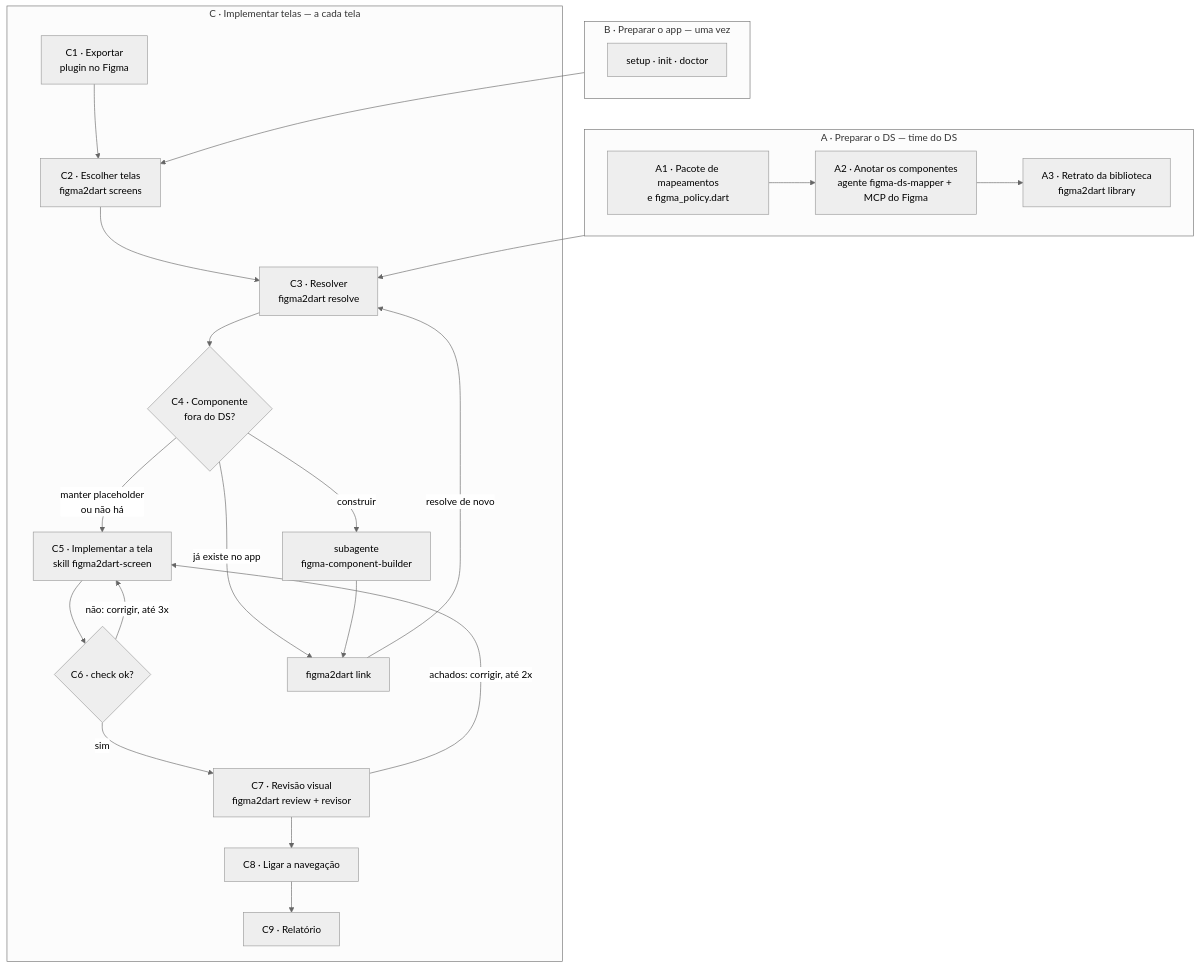
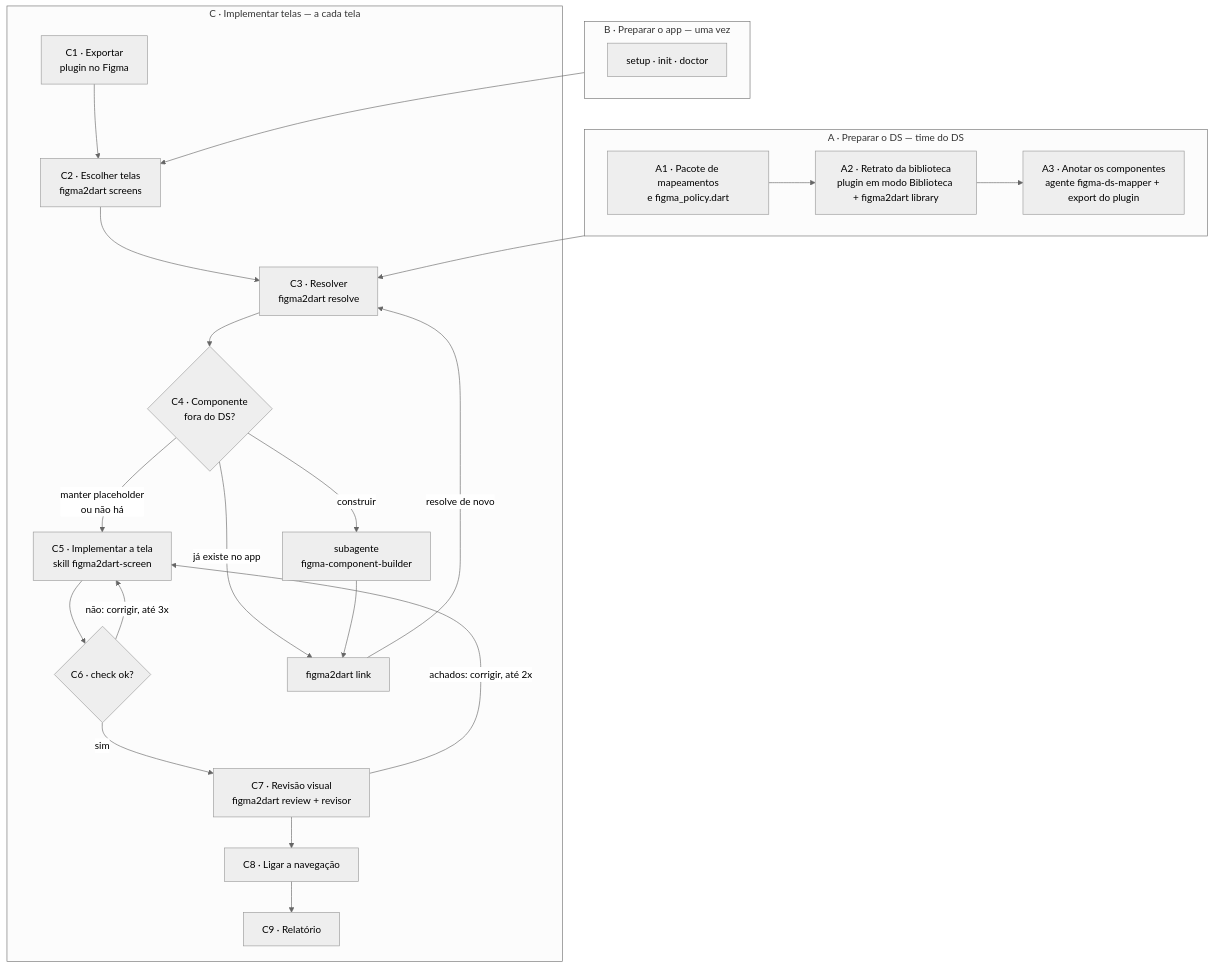
The first of 5 diagrams in docs/COMO_FUNCIONA.md (pablostefan/figma_to_code), drawn with Mermaid (neutral theme) before and after one commit. The commit also changed other lines of this file and 28 other files, not shown here.

````diff
--- a/docs/COMO_FUNCIONA.md
+++ b/docs/COMO_FUNCIONA.md
@@ -28,39 +28,39 @@
 ```mermaid
 flowchart TD
   subgraph A["A · Preparar o DS — time do DS"]
     A1["A1 · Pacote de mapeamentos<br/>e figma_policy.dart"]
-    A2["A2 · Anotar os componentes<br/>agente figma-ds-mapper + MCP do Figma"]
-    A3["A3 · Retrato da biblioteca<br/>figma2dart library"]
+    A2["A2 · Retrato da biblioteca<br/>plugin em modo Biblioteca + figma2dart library"]
+    A3["A3 · Anotar os componentes<br/>agente figma-ds-mapper + export do plugin"]
     A1 --> A2 --> A3
   end
 
   subgraph B["B · Preparar o app — uma vez"]
     B1["setup · init · doctor"]
   end
 
   subgraph C["C · Implementar telas — a cada tela"]
     C1["C1 · Exportar<br/>plugin no Figma"]
     C2["C2 · Escolher telas<br/>figma2dart screens"]
     C3["C3 · Resolver<br/>figma2dart resolve"]
     C4{"C4 · Componente<br/>fora do DS?"}
     C5["C5 · Implementar a tela<br/>skill figma2dart-screen"]
     C6{"C6 · check ok?"}
     C7["C7 · Revisão visual<br/>figma2dart review + revisor"]
     C8["C8 · Ligar a navegação"]
     C9["C9 · Relatório"]
     C1 --> C2 --> C3 --> C4
     C4 -->|"construir"| BLD["subagente<br/>figma-component-builder"]
     C4 -->|"já existe no app"| LNK["figma2dart link"]
     C4 -->|"manter placeholder<br/>ou não há"| C5
     BLD --> LNK
     LNK -->|"resolve de novo"| C3
     C5 --> C6
     C6 -->|"não: corrigir, até 3x"| C5
     C6 -->|"sim"| C7
     C7 -->|"achados: corrigir, até 2x"| C5
     C7 --> C8 --> C9
   end
 
   A --> C3
   B --> C2
 ```
````
